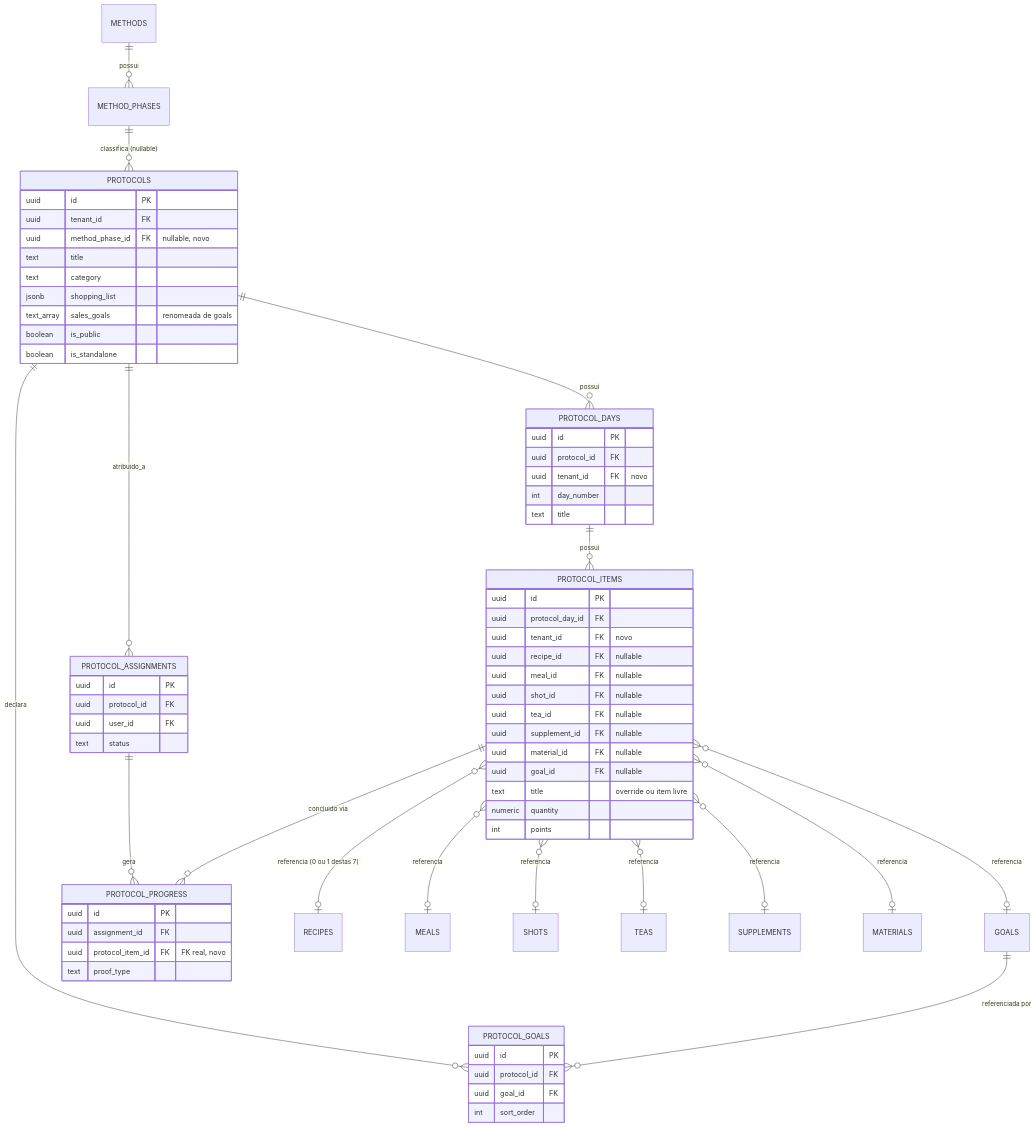
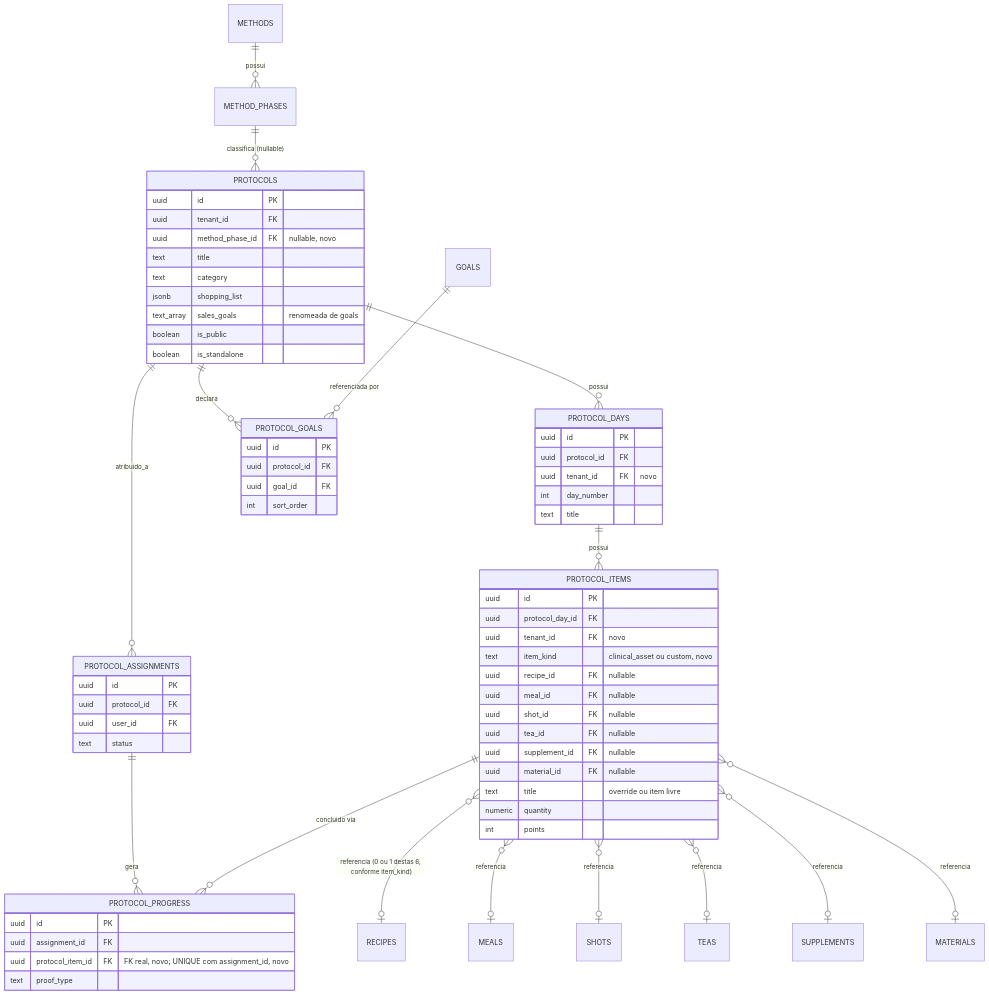
Before and after one commit to agendanutrijulianamoreira-droid/meu-club-nutri-ia: the second of 3 diagrams in docs/architecture/sub-fase-3-protocolos.md, drawn with Mermaid. The commit also changed other lines of this file, not shown here.

````diff
--- a/docs/architecture/sub-fase-3-protocolos.md
+++ b/docs/architecture/sub-fase-3-protocolos.md
@@ -349,72 +394,71 @@
 ```mermaid
 erDiagram
     METHODS ||--o{ METHOD_PHASES : possui
     METHOD_PHASES ||--o{ PROTOCOLS : "classifica (nullable)"
     PROTOCOLS ||--o{ PROTOCOL_DAYS : possui
     PROTOCOL_DAYS ||--o{ PROTOCOL_ITEMS : possui
     PROTOCOLS ||--o{ PROTOCOL_GOALS : declara
     GOALS ||--o{ PROTOCOL_GOALS : "referenciada por"
     PROTOCOLS ||--o{ PROTOCOL_ASSIGNMENTS : atribuido_a
     PROTOCOL_ASSIGNMENTS ||--o{ PROTOCOL_PROGRESS : gera
     PROTOCOL_ITEMS ||--o{ PROTOCOL_PROGRESS : "concluido via"
 
-    PROTOCOL_ITEMS }o--o| RECIPES : "referencia (0 ou 1 destas 7)"
+    PROTOCOL_ITEMS }o--o| RECIPES : "referencia (0 ou 1 destas 6, conforme item_kind)"
     PROTOCOL_ITEMS }o--o| MEALS : referencia
     PROTOCOL_ITEMS }o--o| SHOTS : referencia
     PROTOCOL_ITEMS }o--o| TEAS : referencia
     PROTOCOL_ITEMS }o--o| SUPPLEMENTS : referencia
     PROTOCOL_ITEMS }o--o| MATERIALS : referencia
-    PROTOCOL_ITEMS }o--o| GOALS : referencia
 
     PROTOCOLS {
         uuid id PK
         uuid tenant_id FK
         uuid method_phase_id FK "nullable, novo"
         text title
         text category
         jsonb shopping_list
         text_array sales_goals "renomeada de goals"
         boolean is_public
         boolean is_standalone
     }
     PROTOCOL_DAYS {
         uuid id PK
         uuid protocol_id FK
         uuid tenant_id FK "novo"
         int day_number
         text title
     }
     PROTOCOL_ITEMS {
         uuid id PK
         uuid protocol_day_id FK
         uuid tenant_id FK "novo"
+        text item_kind "clinical_asset ou custom, novo"
         uuid recipe_id FK "nullable"
         uuid meal_id FK "nullable"
         uuid shot_id FK "nullable"
         uuid tea_id FK "nullable"
         uuid supplement_id FK "nullable"
         uuid material_id FK "nullable"
-        uuid goal_id FK "nullable"
         text title "override ou item livre"
         numeric quantity
         int points
     }
     PROTOCOL_GOALS {
         uuid id PK
         uuid protocol_id FK
         uuid goal_id FK
         int sort_order
     }
     PROTOCOL_ASSIGNMENTS {
         uuid id PK
         uuid protocol_id FK
         uuid user_id FK
         text status
     }
     PROTOCOL_PROGRESS {
         uuid id PK
         uuid assignment_id FK
-        uuid protocol_item_id FK "FK real, novo"
+        uuid protocol_item_id FK "FK real, novo; UNIQUE com assignment_id, novo"
         text proof_type
     }
 ```
````
